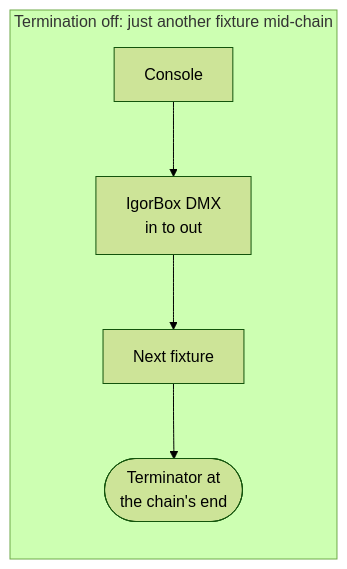
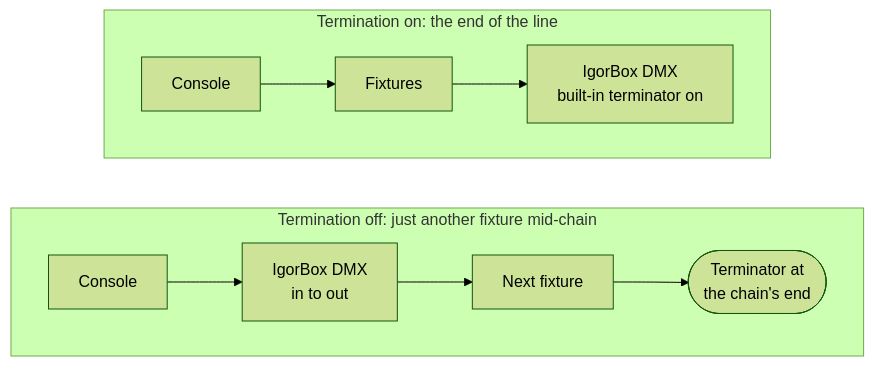
One commit to RisingOrchards/igorbox_support changed the sixth of 6 diagrams in docs/controllers/dmx/modes.md. Above: the diagram before and after it, drawn with Mermaid (forest theme). The commit also changed other lines of this file and 4 other files, not shown here.

````diff
--- a/docs/controllers/dmx/modes.md
+++ b/docs/controllers/dmx/modes.md
@@ -101,6 +94,12 @@
 ```mermaid
-flowchart LR
-    subgraph MID["Termination off: just another fixture mid-chain"]
+flowchart TD
+    subgraph ON["Termination on: the end of the line"]
+        direction LR
+        C2["Console"] --> F2["Fixtures"] --> B2["IgorBox DMX<br/>built-in terminator on"]
+    end
+    subgraph OFF["Termination off: just another fixture mid-chain"]
+        direction LR
         C1["Console"] --> B1["IgorBox DMX<br/>in to out"] --> N1["Next fixture"] --> T1(["Terminator at<br/>the chain's end"])
     end
+    ON ~~~ OFF
 ```
````
